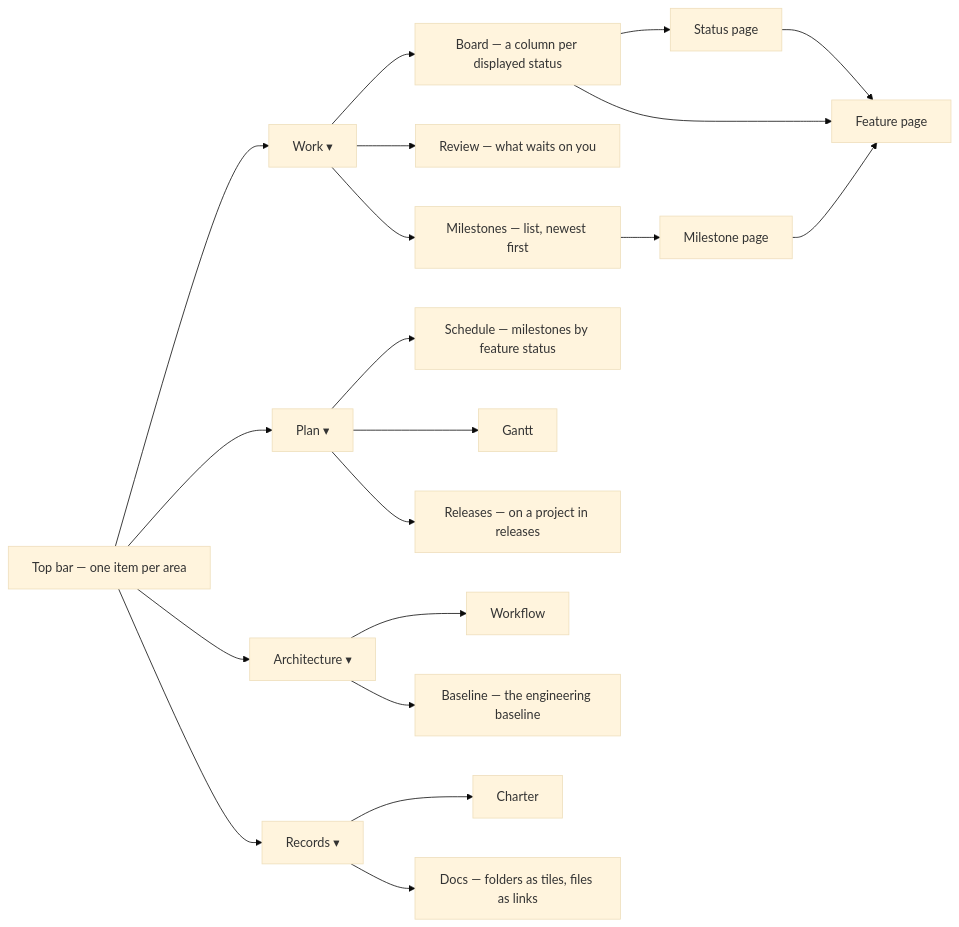
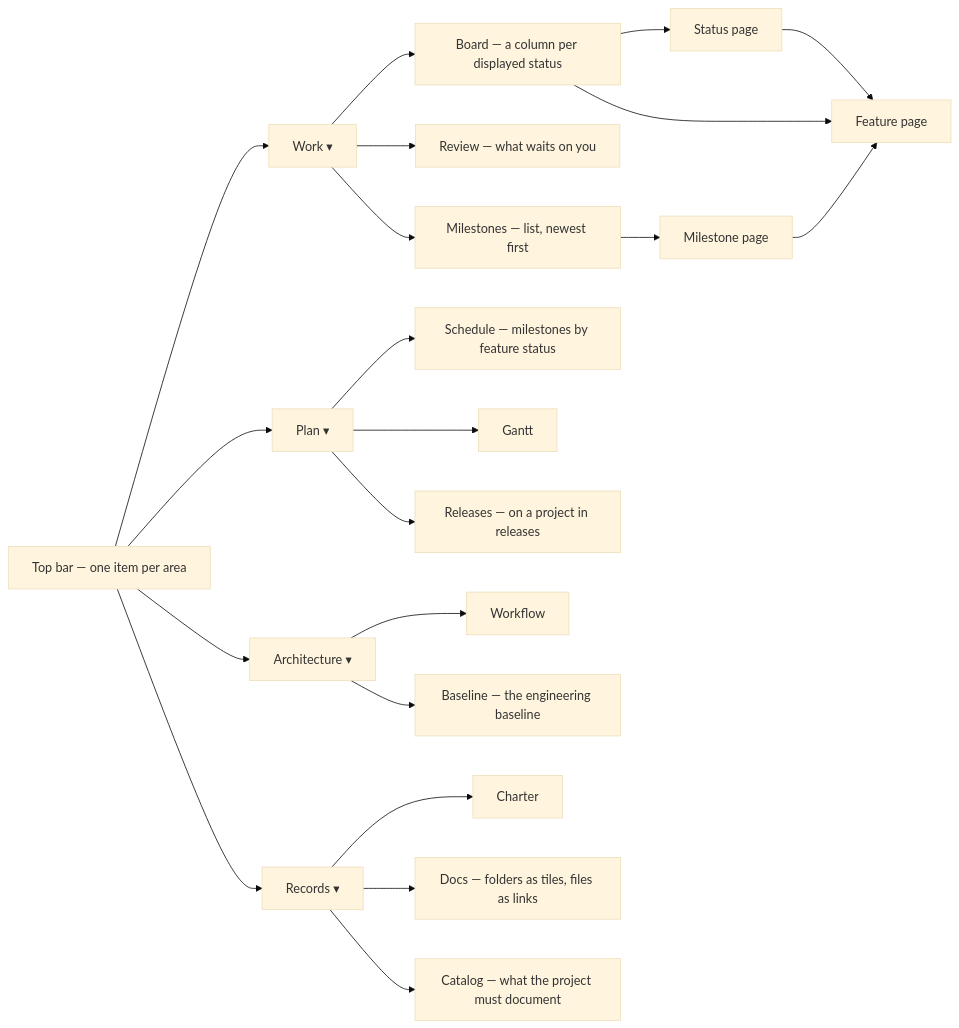
One commit to startr-trade/kanbanr changed the diagram in docs/guide/using/the-monitor.md. Above: the diagram before and after it, drawn with Mermaid (base theme). The commit also changed other lines of this file and 7 other files, not shown here.

````diff
--- a/docs/guide/using/the-monitor.md
+++ b/docs/guide/using/the-monitor.md
@@ -275,38 +275,40 @@
 ```mermaid
 flowchart LR
   Bar["Top bar — one item per area"]
   Work["Work ▾"]
   Plan["Plan ▾"]
   Arch["Architecture ▾"]
   Rec["Records ▾"]
   Board["Board — a column per displayed status"]
   Review["Review — what waits on you"]
   Ms["Milestones — list, newest first"]
   Sched["Schedule — milestones by feature status"]
   Gantt["Gantt"]
   Rel["Releases — on a project in releases"]
   Wf["Workflow"]
   Base["Baseline — the engineering baseline"]
   Charter["Charter"]
   Docs["Docs — folders as tiles, files as links"]
+  Cat["Catalog — what the project must document"]
   Status["Status page"]
   Feature["Feature page"]
   MsOne["Milestone page"]
   Bar --> Work
   Bar --> Plan
   Bar --> Arch
   Bar --> Rec
   Work --> Board
   Work --> Review
   Work --> Ms
   Plan --> Sched
   Plan --> Gantt
   Plan --> Rel
   Arch --> Wf
   Arch --> Base
   Rec --> Charter
   Rec --> Docs
+  Rec --> Cat
   Board --> Status --> Feature
   Board --> Feature
   Ms --> MsOne --> Feature
 ```
````
